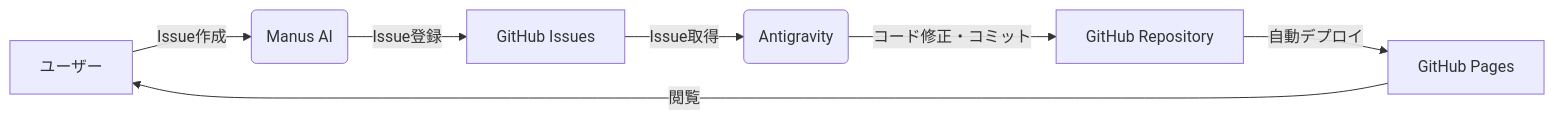
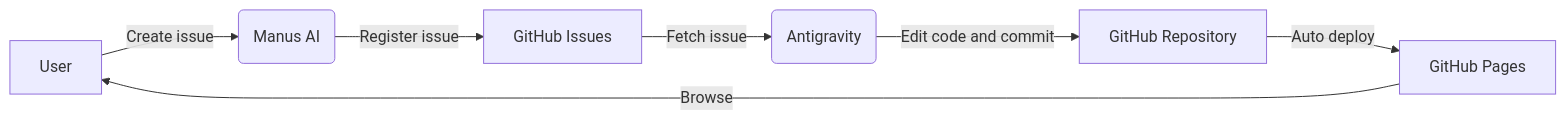
Before and after one commit to yasufumi-nakata/mind-upload: the diagram in README.md, drawn with Mermaid. The commit also changed other lines of this file and 136 other files, not shown here.

````diff
--- a/README.md
+++ b/README.md
@@ -75,9 +77,9 @@
 ```mermaid
 graph LR
-    A[ユーザー] -->|Issue作成| B(Manus AI)
-    B -->|Issue登録| C[GitHub Issues]
-    C -->|Issue取得| D(Antigravity)
-    D -->|コード修正・コミット| E[GitHub Repository]
-    E -->|自動デプロイ| F[GitHub Pages]
-    F -->|閲覧| A
+    A[User] -->|Create issue| B(Manus AI)
+    B -->|Register issue| C[GitHub Issues]
+    C -->|Fetch issue| D(Antigravity)
+    D -->|Edit code and commit| E[GitHub Repository]
+    E -->|Auto deploy| F[GitHub Pages]
+    F -->|Browse| A
 ```
````
